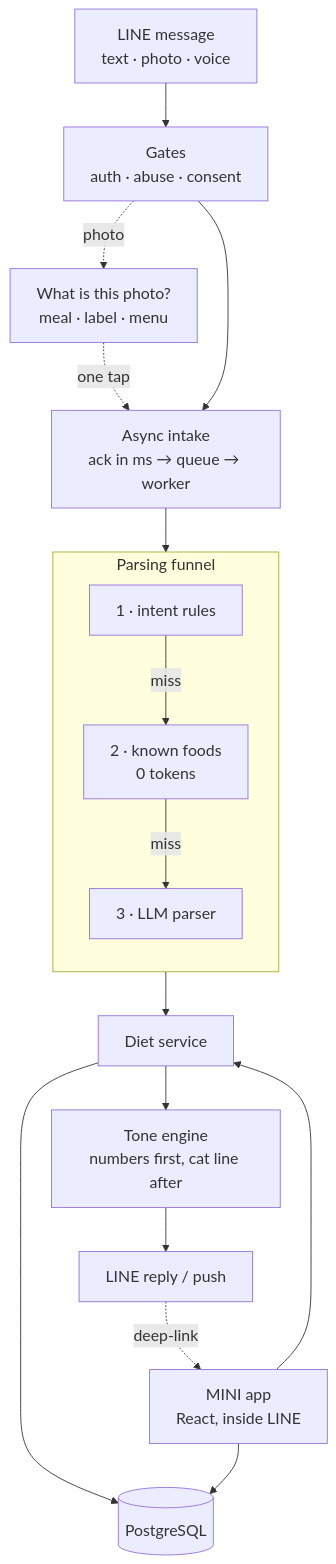
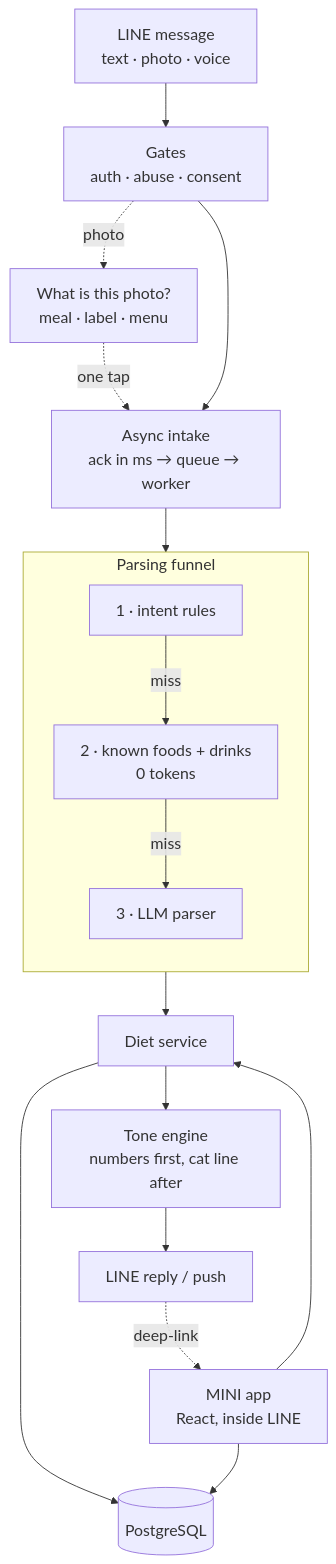
One commit to jeffery12697/fitneko-case-study changed the diagram in README.md. Above: the diagram before and after it, drawn with Mermaid. The commit also changed other lines of this file and 3 other files, not shown here.

````diff
--- a/README.md
+++ b/README.md
@@ -71,21 +71,21 @@
 ```mermaid
 %%{init: {"themeVariables": {"fontSize": "18px"}}}%%
 flowchart TD
     LINE[LINE message<br/>text · photo · voice] --> GATE[Gates<br/>auth · abuse · consent]
     GATE -. photo .-> ASK["What is this photo?<br/>meal · label · menu"] -. one tap .-> IN
     GATE --> IN[Async intake<br/>ack in ms → queue → worker]
     IN --> RP
 
     subgraph FUNNEL [Parsing funnel]
         direction TB
-        RP["1 · intent rules"] -- miss --> KF["2 · known foods<br/>0 tokens"] -- miss --> LLM["3 · LLM parser"]
+        RP["1 · intent rules"] -- miss --> KF["2 · known foods + drinks<br/>0 tokens"] -- miss --> LLM["3 · LLM parser"]
     end
 
     FUNNEL --> SVC[Diet service]
     SVC --> PG[(PostgreSQL)]
     SVC --> TONE["Tone engine<br/>numbers first, cat line after"]
     TONE --> REPLY[LINE reply / push]
     REPLY -. deep-link .-> LIFF[MINI app<br/>React, inside LINE]
     LIFF --> PG
     LIFF --> SVC
 ```
````
